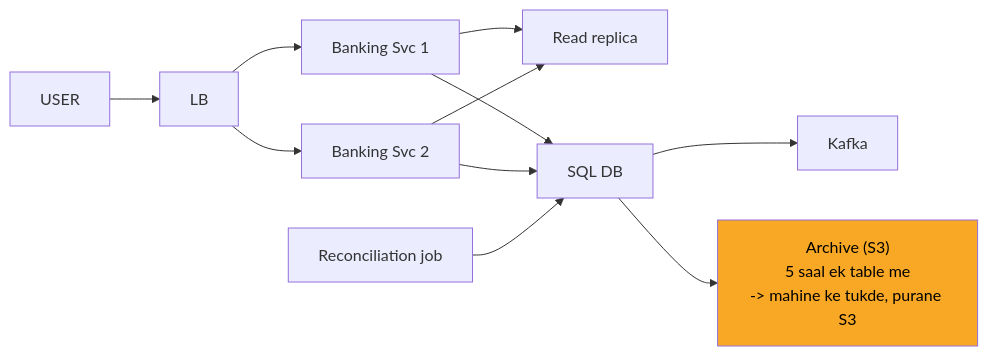
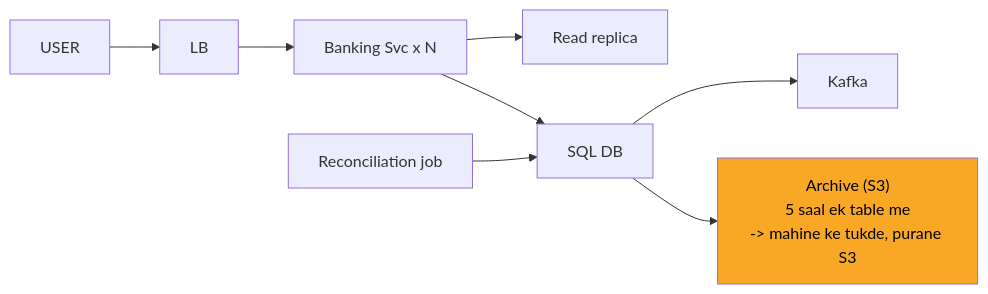
One commit to ArpanMaheshwari144/Prep changed diagram 12 of 13 in 04_HLD/SYSTEM_DESIGNS/13_banking_system/13_banking_system.md. Above: the diagram before and after it, drawn with Mermaid. The commit also changed 11 other files, not shown here.

Commit message:
hld: card diagrams max 8 boxes (App x N, merged stores/chains; full diagram only in AAKHRI DABBA)

````diff
--- a/04_HLD/SYSTEM_DESIGNS/13_banking_system/13_banking_system.md
+++ b/04_HLD/SYSTEM_DESIGNS/13_banking_system/13_banking_system.md
@@ -380,23 +380,19 @@
 ```mermaid
 flowchart LR
     n_USER["USER"]
     n_LB["LB"]
-    n_S1["Banking Svc 1"]
-    n_S2["Banking Svc 2"]
+    n_Banking_Svc_xN["Banking Svc x N"]
     n_RR["Read replica"]
     n_DB["SQL DB"]
     n_K["Kafka"]
     n_S3["Archive (S3)<br/>5 saal ek table me<br/>-> mahine ke tukde, purane S3"]
     n_REC["Reconciliation job"]
     n_USER --> n_LB
-    n_LB --> n_S1
-    n_LB --> n_S2
-    n_S1 --> n_RR
-    n_S2 --> n_RR
-    n_S1 --> n_DB
-    n_S2 --> n_DB
+    n_LB --> n_Banking_Svc_xN
+    n_Banking_Svc_xN --> n_RR
+    n_Banking_Svc_xN --> n_DB
     n_DB --> n_K
     n_REC --> n_DB
     n_DB --> n_S3
     style n_S3 fill:#f9a825,color:#000
 ```
````
